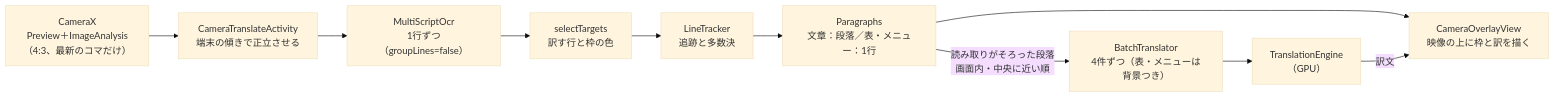
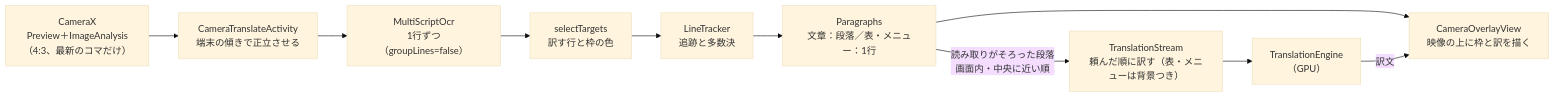
Before and after one commit to kagerouttepaso/PlamoTranslate: the fifth of 6 diagrams in docs/02_アーキテクチャ.md, drawn with Mermaid (base theme). The commit also changed other lines of this file and 12 other files, not shown here.

First line of the commit message:
ユーザー補助の合図を足し、設計書を新しい構成に合わせる

````diff
--- a/docs/02_アーキテクチャ.md
+++ b/docs/02_アーキテクチャ.md
@@ -384,12 +409,12 @@
 ```mermaid
 flowchart LR
   CX["CameraX<br>Preview＋ImageAnalysis<br>（4:3、最新のコマだけ）"] --> ACT["CameraTranslateActivity<br>端末の傾きで正立させる"]
   ACT --> OCR["MultiScriptOcr<br>1行ずつ（groupLines=false）"]
   OCR --> SEL["selectTargets<br>訳す行と枠の色"]
   SEL --> TRK["LineTracker<br>追跡と多数決"]
   TRK --> PAR["Paragraphs<br>文章：段落／表・メニュー：1行"]
-  PAR -- 読み取りがそろった段落<br>画面内・中央に近い順 --> BT["BatchTranslator<br>4件ずつ（表・メニューは背景つき）"]
-  BT --> ENG["TranslationEngine<br>（GPU）"]
+  PAR -- 読み取りがそろった段落<br>画面内・中央に近い順 --> TS["TranslationStream<br>頼んだ順に訳す（表・メニューは背景つき）"]
+  TS --> ENG["TranslationEngine<br>（GPU）"]
   PAR --> OV["CameraOverlayView<br>映像の上に枠と訳を描く"]
   ENG -- 訳文 --> OV
 ```
````
